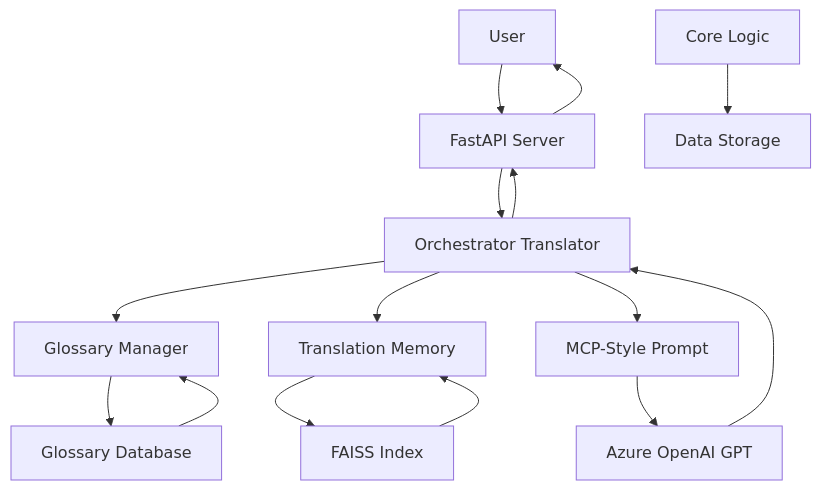
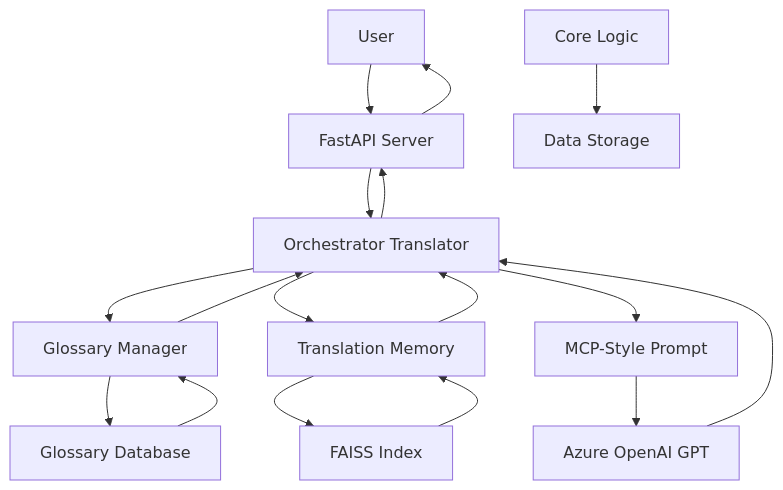
Before and after one commit to amrabouelenin/moc_ai_translation: the diagram in system_architecture.md, drawn with Mermaid.

Commit message:
udpate system archtiecture

````diff
--- a/system_architecture.md
+++ b/system_architecture.md
@@ -1,33 +1,35 @@
 ```mermaid
 graph TD
     User[User]
 
     API[FastAPI Server]
     Core[Core Logic]
     LLM[Azure OpenAI GPT]
     Storage[Data Storage]
 
     Orchestrator[Orchestrator Translator]
     Glossary[Glossary Manager]
     Memory[Translation Memory]
     Prompt[MCP-Style Prompt]
 
     FAISS[FAISS Index]
     GlossaryDB[Glossary Database]
 
     User --> API
     API --> Orchestrator
     Orchestrator --> Glossary
+    Glossary --> Orchestrator
+    Memory --> Orchestrator
     Glossary --> GlossaryDB
     GlossaryDB --> Glossary
     Orchestrator --> Memory
     Memory --> FAISS
     FAISS --> Memory
     Orchestrator --> Prompt
     Prompt --> LLM
     LLM --> Orchestrator
     Orchestrator --> API
     API --> User
 
     Core --> Storage 
 ```
````
